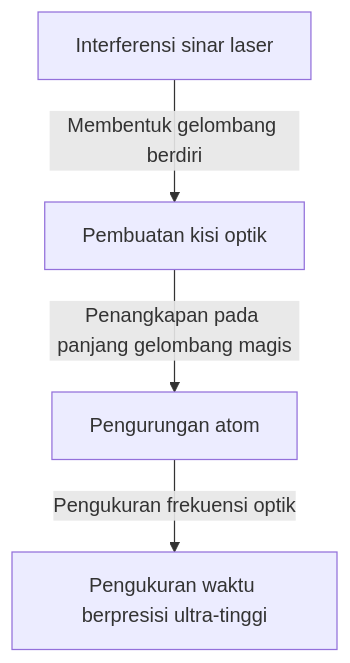
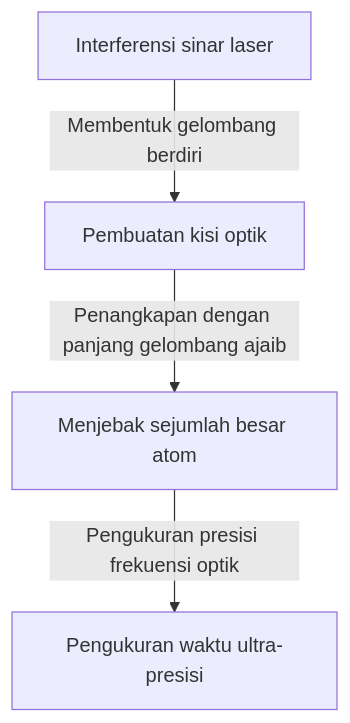
Before and after one commit to kenjinote/blog: the third of 3 diagrams in content/post/history-of-timekeeping-technology/index.id.md, drawn with Mermaid. The commit also changed other lines of this file and 129 other files, not shown here.

````diff
--- a/content/post/history-of-timekeeping-technology/index.id.md
+++ b/content/post/history-of-timekeeping-technology/index.id.md
@@ -67,6 +85,6 @@
 ```mermaid
 graph TD
     A["Interferensi sinar laser"] -- "Membentuk gelombang berdiri" --> B["Pembuatan kisi optik"]
-    B -- "Penangkapan pada panjang gelombang magis" --> C["Pengurungan atom"]
-    C -- "Pengukuran frekuensi optik" --> D["Pengukuran waktu berpresisi ultra-tinggi"]
+    B -- "Penangkapan dengan panjang gelombang ajaib" --> C["Menjebak sejumlah besar atom"]
+    C -- "Pengukuran presisi frekuensi optik" --> D["Pengukuran waktu ultra-presisi"]
 ```
````
